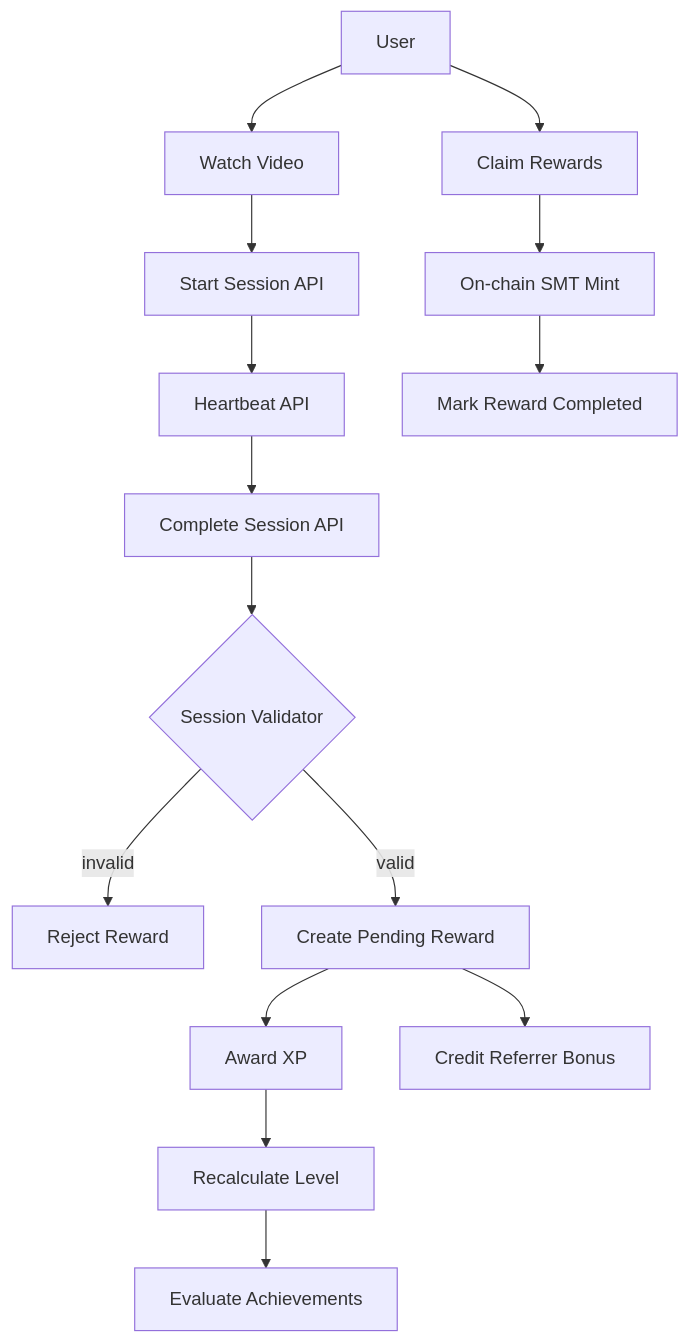
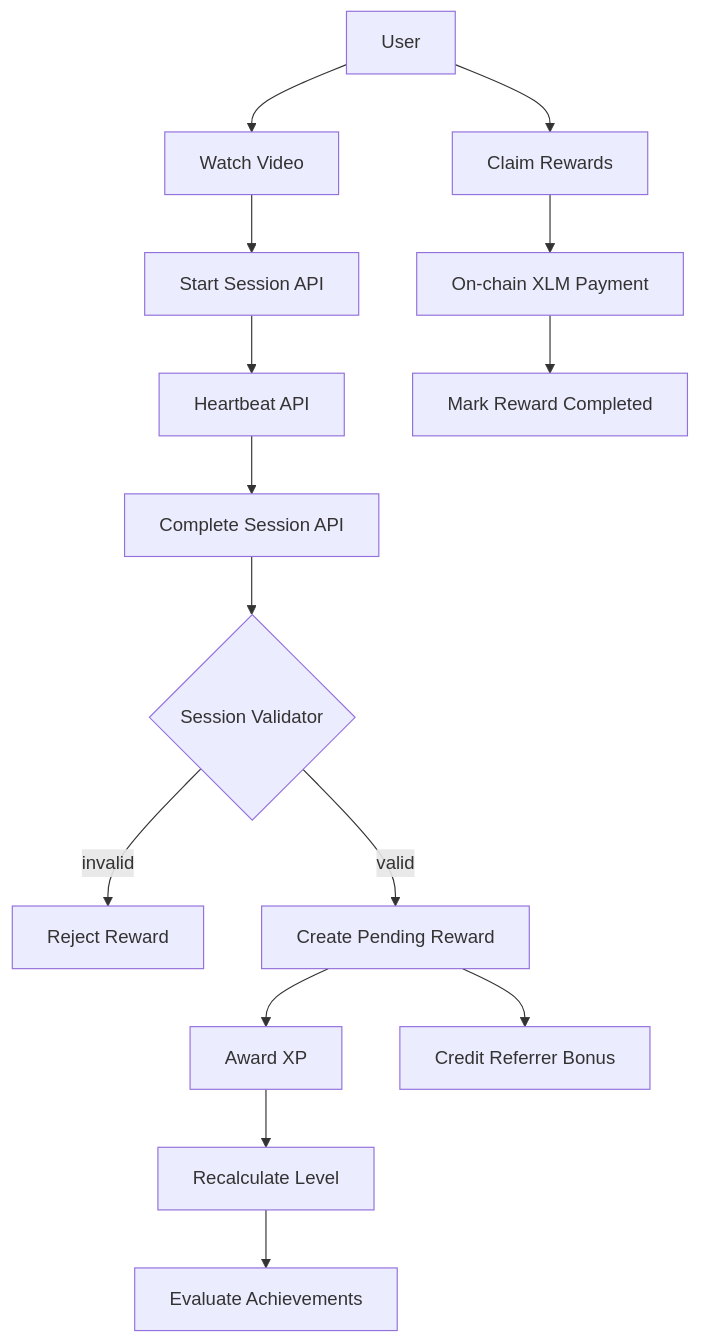
Before and after one commit to artomily/samono: the second of 4 diagrams in README.md, drawn with Mermaid. The commit also changed other lines of this file and 34 other files, not shown here.

First line of the commit message:
refactor: replace SMT with XLM across the application

````diff
--- a/README.md
+++ b/README.md
@@ -71,20 +71,20 @@
 ```mermaid
 flowchart TD
 	U[User] --> W[Watch Video]
 	W --> S[Start Session API]
 	S --> HB[Heartbeat API]
 	HB --> C[Complete Session API]
 
 	C --> V{Session Validator}
 	V -->|invalid| X[Reject Reward]
 	V -->|valid| R[Create Pending Reward]
 
 	R --> XP[Award XP]
 	XP --> LV[Recalculate Level]
 	LV --> ACH[Evaluate Achievements]
 	R --> REF[Credit Referrer Bonus]
 
 	U --> CL[Claim Rewards]
-	CL --> TX[On-chain SMT Mint]
+	CL --> TX[On-chain XLM Payment]
 	TX --> DONE[Mark Reward Completed]
 ```
````
